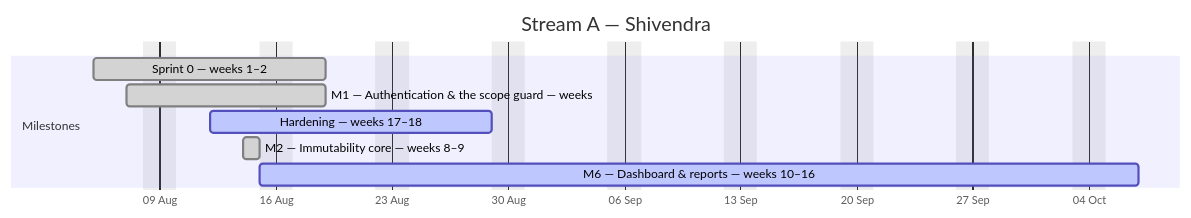
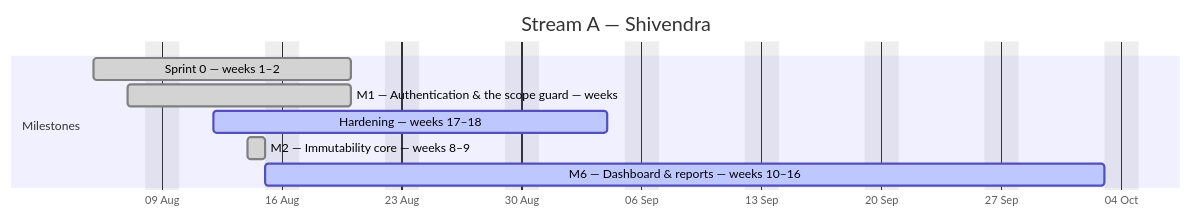
One commit to debashisedunext/EduTrack changed the first of 4 diagrams in docs/plan/GANTT.md. Above: the diagram before and after it, drawn with Mermaid. The commit also changed other lines of this file and 3 other files, not shown here.

````diff
--- a/docs/plan/GANTT.md
+++ b/docs/plan/GANTT.md
@@ -105,13 +105,13 @@
 ```mermaid
 gantt
     dateFormat YYYY-MM-DD
     axisFormat %d %b
     title Stream A — Shivendra
     excludes weekends
     section Milestones
-    Sprint 0 — weeks 1–2 :done, a0, 2026-08-05, 10d
-    M1 — Authentication & the scope guard — weeks :done, a1, 2026-08-07, 8d
-    Hardening — weeks 17–18 :active, a2, 2026-08-12, 13d
+    Sprint 0 — weeks 1–2 :done, a0, 2026-08-05, 11d
+    M1 — Authentication & the scope guard — weeks :done, a1, 2026-08-07, 9d
+    Hardening — weeks 17–18 :active, a2, 2026-08-12, 17d
     M2 — Immutability core — weeks 8–9 :done, a3, 2026-08-14, 1d
-    M6 — Dashboard & reports — weeks 10–16 :active, a4, 2026-08-15, 38d
+    M6 — Dashboard & reports — weeks 10–16 :active, a4, 2026-08-15, 36d
 ```
````
